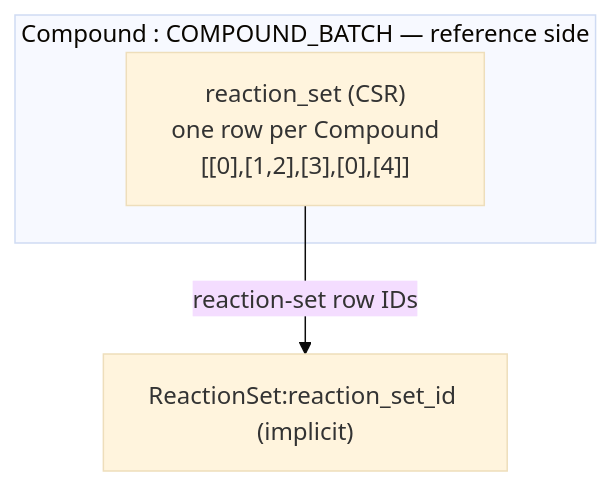
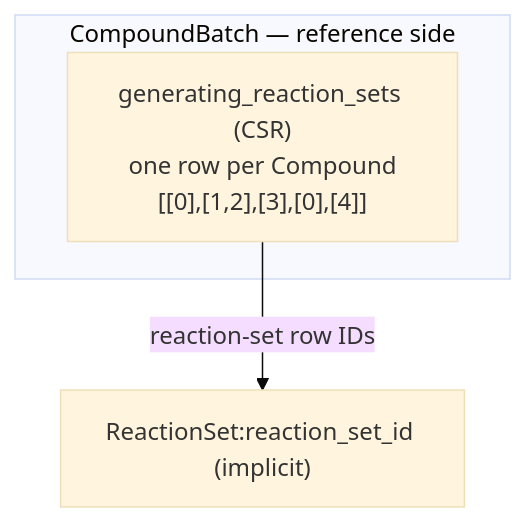
Before and after one commit to MotohiroOGAWA/FREDIS: the fourth of 5 diagrams in fredis/ml/input/SCHEMA.md, drawn with Mermaid (base theme). The commit also changed other lines of this file and 1 other file, not shown here.

Commit message:
refactor: Update schema documentation to rename reaction_set to generating_reaction_sets for clarity

````diff
--- a/fredis/ml/input/SCHEMA.md
+++ b/fredis/ml/input/SCHEMA.md
@@ -367,8 +367,8 @@
 ```mermaid
 flowchart TB
-    subgraph CB["Compound : COMPOUND_BATCH — reference side"]
-        SETS["reaction_set (CSR)<br/>one row per Compound<br/>[[0],[1,2],[3],[0],[4]]"]
+    subgraph CB["CompoundBatch — reference side"]
+        SETS["generating_reaction_sets (CSR)<br/>one row per Compound<br/>[[0],[1,2],[3],[0],[4]]"]
     end
     SETROW["ReactionSet:reaction_set_id (implicit)"]
     SETS -->|"reaction-set row IDs"| SETROW
 ```
````
